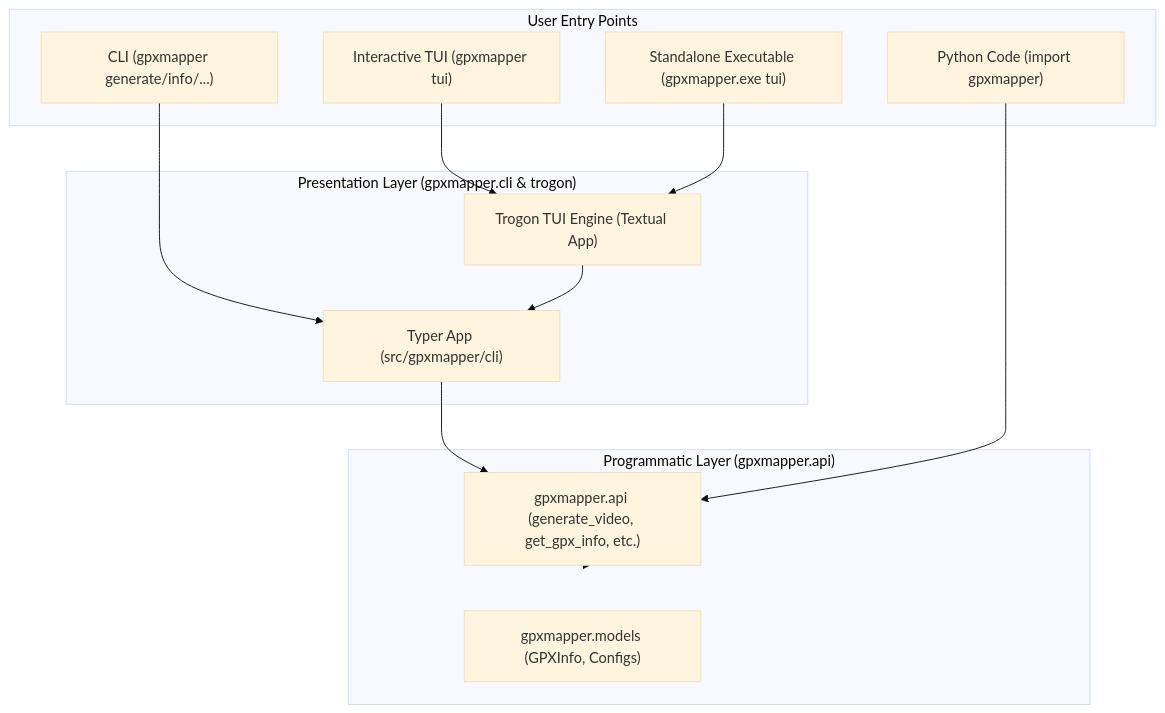
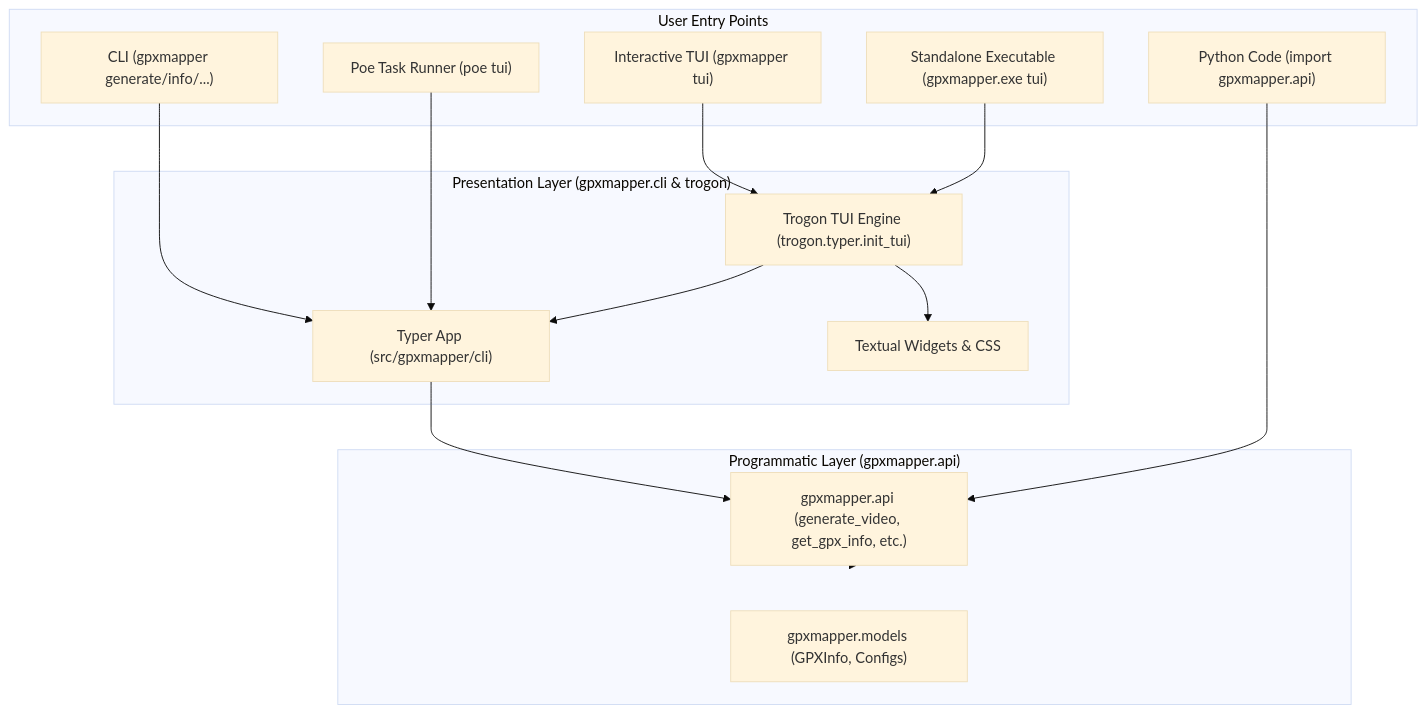
Before and after one commit to dzooli/gpxmapper: the diagram in docs/superpowers/plans/2026-09-20-add-tui.md, drawn with Mermaid (base theme). The commit also changed other lines of this file, not shown here.

First line of the commit message:
docs(tui): update implementation plan with completed checklist

````diff
--- a/docs/superpowers/plans/2026-09-20-add-tui.md
+++ b/docs/superpowers/plans/2026-09-20-add-tui.md
@@ -9,27 +9,31 @@
 ```mermaid
 flowchart TD
     subgraph Users ["User Entry Points"]
         CLI_RUN["CLI (gpxmapper generate/info/...)"]
         TUI_RUN["Interactive TUI (gpxmapper tui)"]
+        POE_RUN["Poe Task Runner (poe tui)"]
         EXE_RUN["Standalone Executable (gpxmapper.exe tui)"]
-        SCRIPT_RUN["Python Code (import gpxmapper)"]
+        SCRIPT_RUN["Python Code (import gpxmapper.api)"]
     end
 
     subgraph Presentation ["Presentation Layer (gpxmapper.cli & trogon)"]
         TYPER["Typer App (src/gpxmapper/cli)"]
-        TROGON["Trogon TUI Engine (Textual App)"]
+        TROGON["Trogon TUI Engine (trogon.typer.init_tui)"]
+        TEXTUAL["Textual Widgets & CSS"]
     end
 
     subgraph Core ["Programmatic Layer (gpxmapper.api)"]
         API["gpxmapper.api (generate_video, get_gpx_info, etc.)"]
         MODELS["gpxmapper.models (GPXInfo, Configs)"]
     end
 
     CLI_RUN --> TYPER
     TUI_RUN --> TROGON
+    POE_RUN --> TYPER
     EXE_RUN --> TROGON
+    TROGON --> TEXTUAL
     TROGON --> TYPER
     TYPER --> API
     SCRIPT_RUN --> API
     API --> Core
 ```
````
